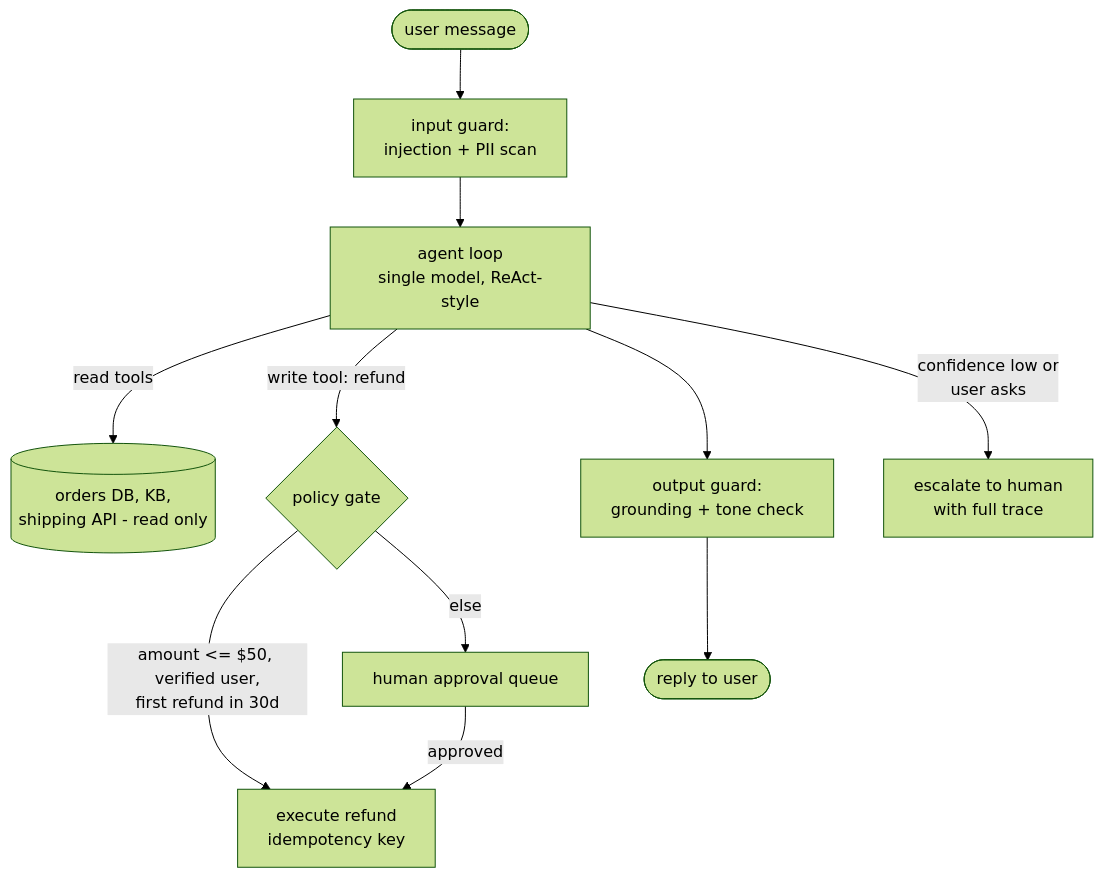
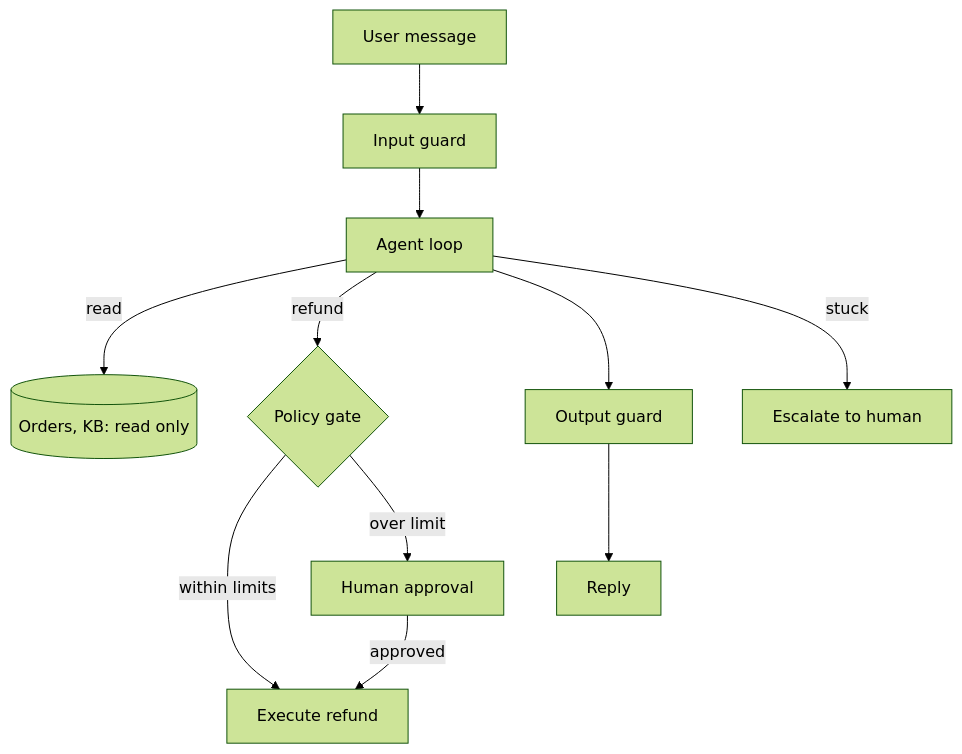
One commit to ashimsharma10/ashimsharma10.github.io changed the first of 11 diagrams in data/blog/ai-engineers-swiss-knife.mdx. Above: the diagram before and after it, drawn with Mermaid (forest theme). The commit also changed other lines of this file and 3 other files, not shown here.

Commit message:
Simplify Swiss Knife write-up: plain prose, no dashes, readable flowcharts, less code

````diff
--- a/data/blog/ai-engineers-swiss-knife.mdx
+++ b/data/blog/ai-engineers-swiss-knife.mdx
@@ -35,13 +35,13 @@
 ```mermaid
 flowchart TD
-    U([user message]) --> IG[input guard:\ninjection + PII scan]
-    IG --> A[agent loop\nsingle model, ReAct-style]
-    A -->|read tools| R[(orders DB, KB,\nshipping API - read only)]
-    A -->|write tool: refund| PG{policy gate}
-    PG -->|"amount <= $50, verified user,\nfirst refund in 30d"| EX[execute refund\nidempotency key]
-    PG -->|else| H[human approval queue]
+    U[User message] --> IG[Input guard]
+    IG --> A[Agent loop]
+    A -->|read| R[(Orders, KB: read only)]
+    A -->|refund| PG{Policy gate}
+    PG -->|within limits| EX[Execute refund]
+    PG -->|over limit| H[Human approval]
     H -->|approved| EX
-    A --> OG[output guard:\ngrounding + tone check]
-    OG --> U2([reply to user])
-    A -->|confidence low or\nuser asks| ESC[escalate to human\nwith full trace]
+    A --> OG[Output guard]
+    OG --> OUT[Reply]
+    A -->|stuck| ESC[Escalate to human]
 ```
````
